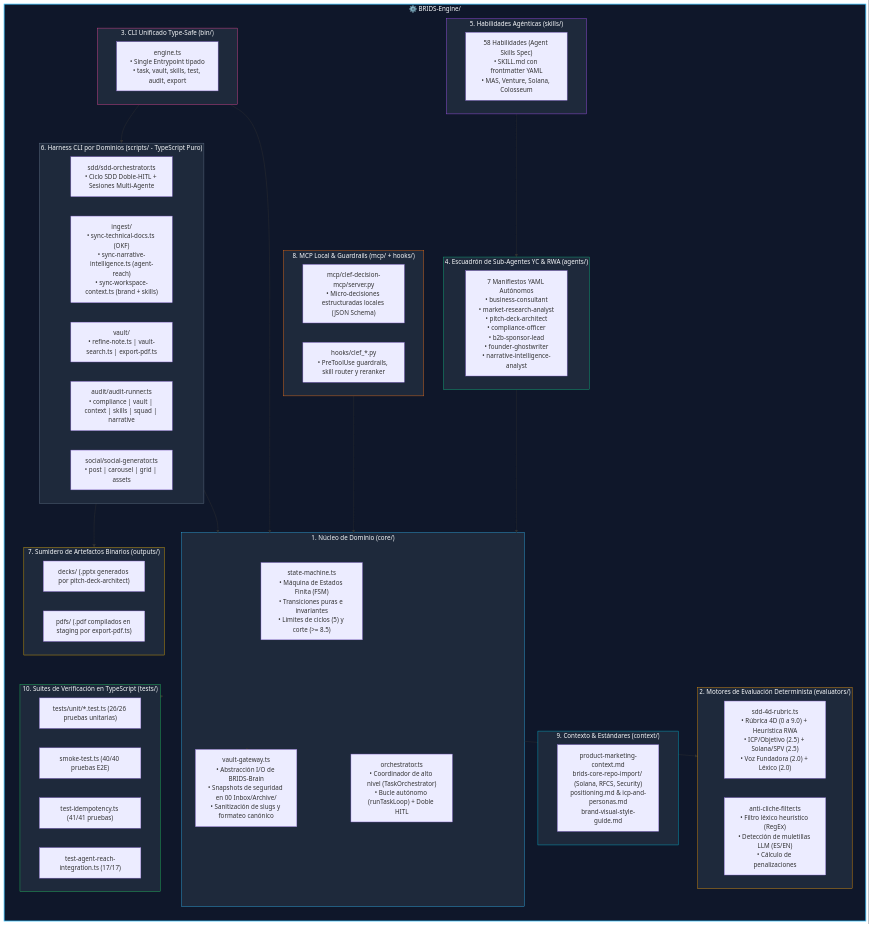
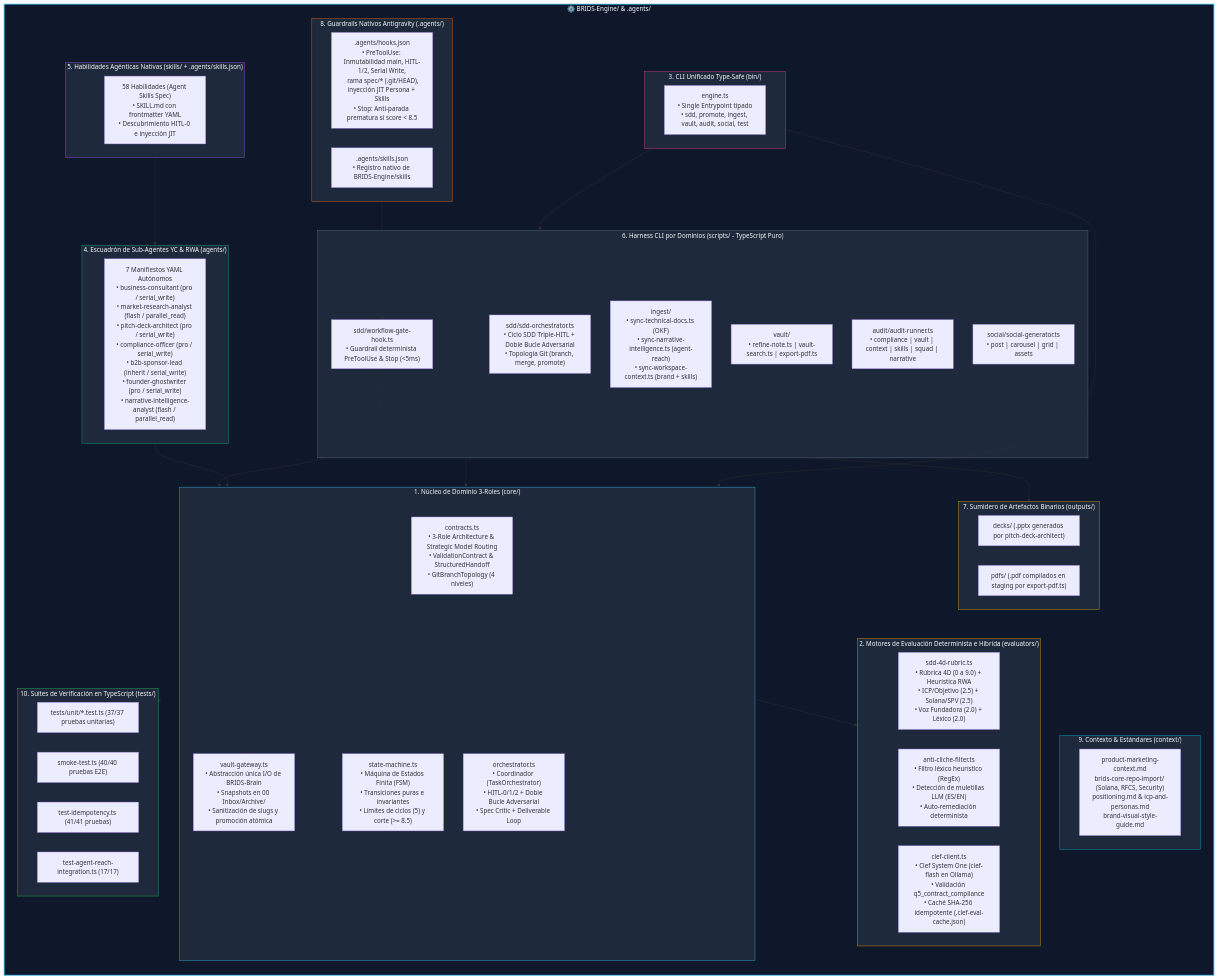
Before and after one commit to jeisonsosablockdev/BRIDS-KNOWLEDGE-FORT: the diagram in BRIDS-Engine/docs/brids_engine_arquitectura.md, drawn with Mermaid. The commit also changed other lines of this file and 10 other files, not shown here.

First line of the commit message:
feat(sdd): integrate /teamwork-preview with HITL-0 discovery, ForcingFunctionClarity rubric, and PreToolUse gate

````diff
--- a/BRIDS-Engine/docs/brids_engine_arquitectura.md
+++ b/BRIDS-Engine/docs/brids_engine_arquitectura.md
@@ -26,33 +31,36 @@
 ```mermaid
 flowchart TB
-    subgraph BRIDSEngine["⚙️ BRIDS-Engine/"]
+    subgraph BRIDSEngine["⚙️ BRIDS-Engine/ & .agents/"]
         direction TB
 
-        subgraph CoreLayer["1. Núcleo de Dominio (core/)"]
+        subgraph CoreLayer["1. Núcleo de Dominio 3-Roles (core/)"]
+            CONTRACTS["contracts.ts<br/>• 3-Role Architecture & Strategic Model Routing<br/>• ValidationContract & StructuredHandoff<br/>• GitBranchTopology (4 niveles)"]
             SM["state-machine.ts<br/>• Máquina de Estados Finita (FSM)<br/>• Transiciones puras e invariantes<br/>• Límites de ciclos (5) y corte (>= 8.5)"]
-            ORCH["orchestrator.ts<br/>• Coordinador de alto nivel (TaskOrchestrator)<br/>• Bucle autónomo (runTaskLoop) + Doble HITL"]
-            GW["vault-gateway.ts<br/>• Abstracción I/O de BRIDS-Brain<br/>• Snapshots de seguridad en 00 Inbox/Archive/<br/>• Sanitización de slugs y formateo canónico"]
+            ORCH["orchestrator.ts<br/>• Coordinador (TaskOrchestrator)<br/>• HITL-0/1/2 + Doble Bucle Adversarial<br/>• Spec Critic + Deliverable Loop"]
+            GW["vault-gateway.ts<br/>• Abstracción única I/O de BRIDS-Brain<br/>• Snapshots en 00 Inbox/Archive/<br/>• Sanitización de slugs y promoción atómica"]
         end
 
-        subgraph EvalLayer["2. Motores de Evaluación Determinista (evaluators/)"]
+        subgraph EvalLayer["2. Motores de Evaluación Determinista e Híbrida (evaluators/)"]
             RUBRIC["sdd-4d-rubric.ts<br/>• Rúbrica 4D (0 a 9.0) + Heurística RWA<br/>• ICP/Objetivo (2.5) + Solana/SPV (2.5)<br/>• Voz Fundadora (2.0) + Léxico (2.0)"]
-            CLICHE["anti-cliche-filter.ts<br/>• Filtro léxico heurístico (RegEx)<br/>• Detección de muletillas LLM (ES/EN)<br/>• Cálculo de penalizaciones"]
+            CLICHE["anti-cliche-filter.ts<br/>• Filtro léxico heurístico (RegEx)<br/>• Detección de muletillas LLM (ES/EN)<br/>• Auto-remediación determinista"]
+            CLEF["clef-client.ts<br/>• Clef System One (clef-flash en Ollama)<br/>• Validación q5_contract_compliance<br/>• Caché SHA-256 idempotente (.clef-eval-cache.json)"]
         end
 
         subgraph BinLayer["3. CLI Unificado Type-Safe (bin/)"]
-            CLI_BIN["engine.ts<br/>• Single Entrypoint tipado<br/>• task, vault, skills, test, audit, export"]
+            CLI_BIN["engine.ts<br/>• Single Entrypoint tipado<br/>• sdd, promote, ingest, vault, audit, social, test"]
         end
 
         subgraph AgentsLayer["4. Escuadrón de Sub-Agentes YC & RWA (agents/)"]
-            AG_YAML["7 Manifiestos YAML Autónomos<br/>• business-consultant<br/>• market-research-analyst<br/>• pitch-deck-architect<br/>• compliance-officer<br/>• b2b-sponsor-lead<br/>• founder-ghostwriter<br/>• narrative-intelligence-analyst"]
+            AG_YAML["7 Manifiestos YAML Autónomos<br/>• business-consultant (pro / serial_write)<br/>• market-research-analyst (flash / parallel_read)<br/>• pitch-deck-architect (pro / serial_write)<br/>• compliance-officer (pro / serial_write)<br/>• b2b-sponsor-lead (inherit / serial_write)<br/>• founder-ghostwriter (pro / serial_write)<br/>• narrative-intelligence-analyst (flash / parallel_read)"]
         end
 
-        subgraph SkillsLayer["5. Habilidades Agénticas (skills/)"]
-            SKILLS["58 Habilidades (Agent Skills Spec)<br/>• SKILL.md con frontmatter YAML<br/>• MAS, Venture, Solana, Colosseum"]
+        subgraph SkillsLayer["5. Habilidades Agénticas Nativas (skills/ + .agents/skills.json)"]
+            SKILLS["58 Habilidades (Agent Skills Spec)<br/>• SKILL.md con frontmatter YAML<br/>• Descubrimiento HITL-0 e inyección JIT"]
         end
 
         subgraph ScriptLayer["6. Harness CLI por Dominios (scripts/ - TypeScript Puro)"]
-            CLI_SDD["sdd/sdd-orchestrator.ts<br/>• Ciclo SDD Doble-HITL + Sesiones Multi-Agente"]
+            CLI_SDD["sdd/sdd-orchestrator.ts<br/>• Ciclo SDD Triple-HITL + Doble Bucle Adversarial<br/>• Topología Git (branch, merge, promote)"]
+            CLI_HOOK["sdd/workflow-gate-hook.ts<br/>• Guardrail determinista PreToolUse & Stop (<5ms)"]
             CLI_INGEST["ingest/<br/>• sync-technical-docs.ts (OKF)<br/>• sync-narrative-intelligence.ts (agent-reach)<br/>• sync-workspace-context.ts (brand + skills)"]
             CLI_VAULT["vault/<br/>• refine-note.ts | vault-search.ts | export-pdf.ts"]
             CLI_AUDIT["audit/audit-runner.ts<br/>• compliance | vault | context | skills | squad | narrative"]
@@ -64,9 +72,9 @@
             OUT_PDFS["pdfs/ (.pdf compilados en staging por export-pdf.ts)"]
         end
 
-        subgraph McpHooksLayer["8. MCP Local & Guardrails (mcp/ + hooks/)"]
-            CLEF_MCP["mcp/clef-decision-mcp/server.py<br/>• Micro-decisiones estructuradas locales (JSON Schema)"]
-            CLEF_HOOKS["hooks/clef_*.py<br/>• PreToolUse guardrails, skill router y reranker"]
+        subgraph HooksLayer["8. Guardrails Nativos Antigravity (.agents/)"]
+            AGY_HOOKS[".agents/hooks.json<br/>• PreToolUse: Inmutabilidad main, HITL-1/2, Serial Write,<br/>  rama spec/* (.git/HEAD), inyección JIT Persona + Skills<br/>• Stop: Anti-parada prematura si score < 8.5"]
+            AGY_SKILLS[".agents/skills.json<br/>• Registro nativo de BRIDS-Engine/skills"]
         end
 
         subgraph ContextLayer["9. Contexto & Estándares (context/)"]
@@ -74,7 +82,7 @@
         end
 
         subgraph TestLayer["10. Suites de Verificación en TypeScript (tests/)"]
-            UNIT["tests/unit/*.test.ts (26/26 pruebas unitarias)"]
+            UNIT["tests/unit/*.test.ts (37/37 pruebas unitarias)"]
             SMOKE["smoke-test.ts (40/40 pruebas E2E)"]
             IDEMP["test-idempotency.ts (41/41 pruebas)"]
             REACH["test-agent-reach-integration.ts (17/17)"]
@@ -89,7 +97,8 @@
     ScriptLayer --> OutputsLayer
     AgentsLayer --> CoreLayer
     SkillsLayer --> AgentsLayer
-    McpHooksLayer --> CoreLayer
+    HooksLayer --> CLI_HOOK
+    CLI_HOOK --> CoreLayer
     TestLayer --> BRIDSEngine
 
     style BRIDSEngine fill:#0f172a,stroke:#38bdf8,stroke-width:2px,color:#f8fafc
@@ -100,7 +109,7 @@
     style SkillsLayer fill:#1e293b,stroke:#a855f7,color:#f8fafc
     style ScriptLayer fill:#1e293b,stroke:#64748b,color:#f8fafc
     style OutputsLayer fill:#1e293b,stroke:#eab308,color:#f8fafc
-    style McpHooksLayer fill:#1e293b,stroke:#f97316,color:#f8fafc
+    style HooksLayer fill:#1e293b,stroke:#f97316,color:#f8fafc
     style ContextLayer fill:#1e293b,stroke:#06b6d4,color:#f8fafc
     style TestLayer fill:#1e293b,stroke:#22c55e,color:#f8fafc
 ```
````
